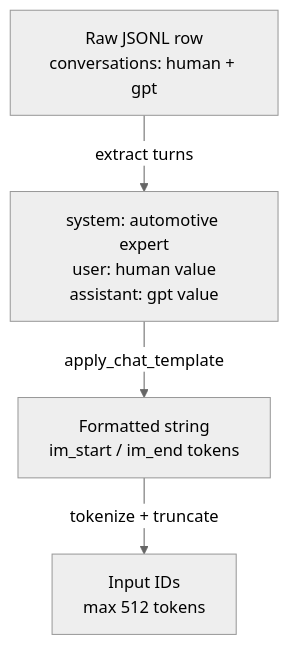
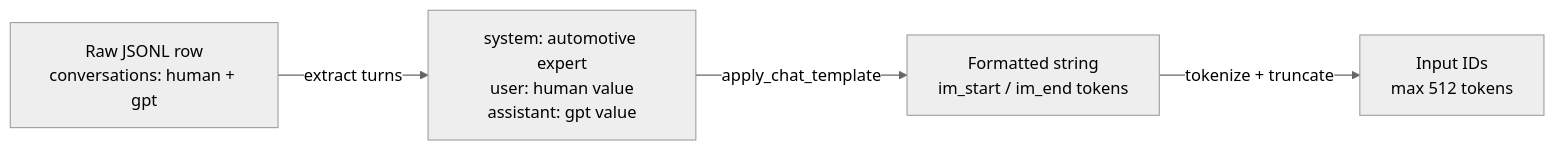
The fourth of 4 diagrams in README.md (nasim-raj-laskar/QwenDrive-QLoRA), drawn with Mermaid (neutral theme) before and after one commit. The commit also changed other lines of this file, not shown here.

````diff
--- a/README.md
+++ b/README.md
@@ -119,6 +107,6 @@
 ```mermaid
-flowchart 
+flowchart LR
     A[Raw JSONL row\nconversations: human + gpt] -->|extract turns| B[system: automotive expert\nuser: human value\nassistant: gpt value]
     B -->|apply_chat_template| C[Formatted string\nim_start / im_end tokens]
     C -->|tokenize + truncate| D[Input IDs\nmax 512 tokens]
 ```
````
